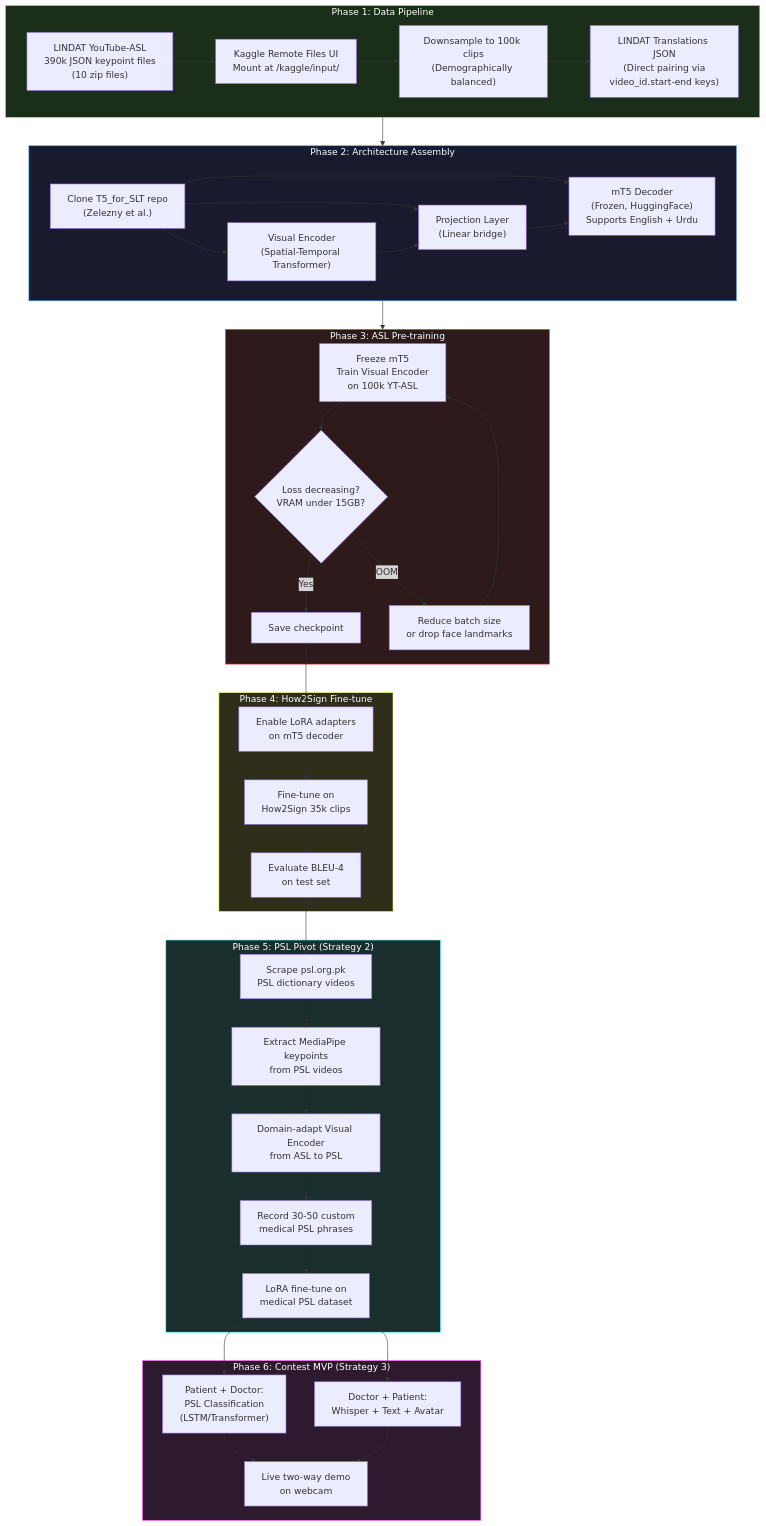
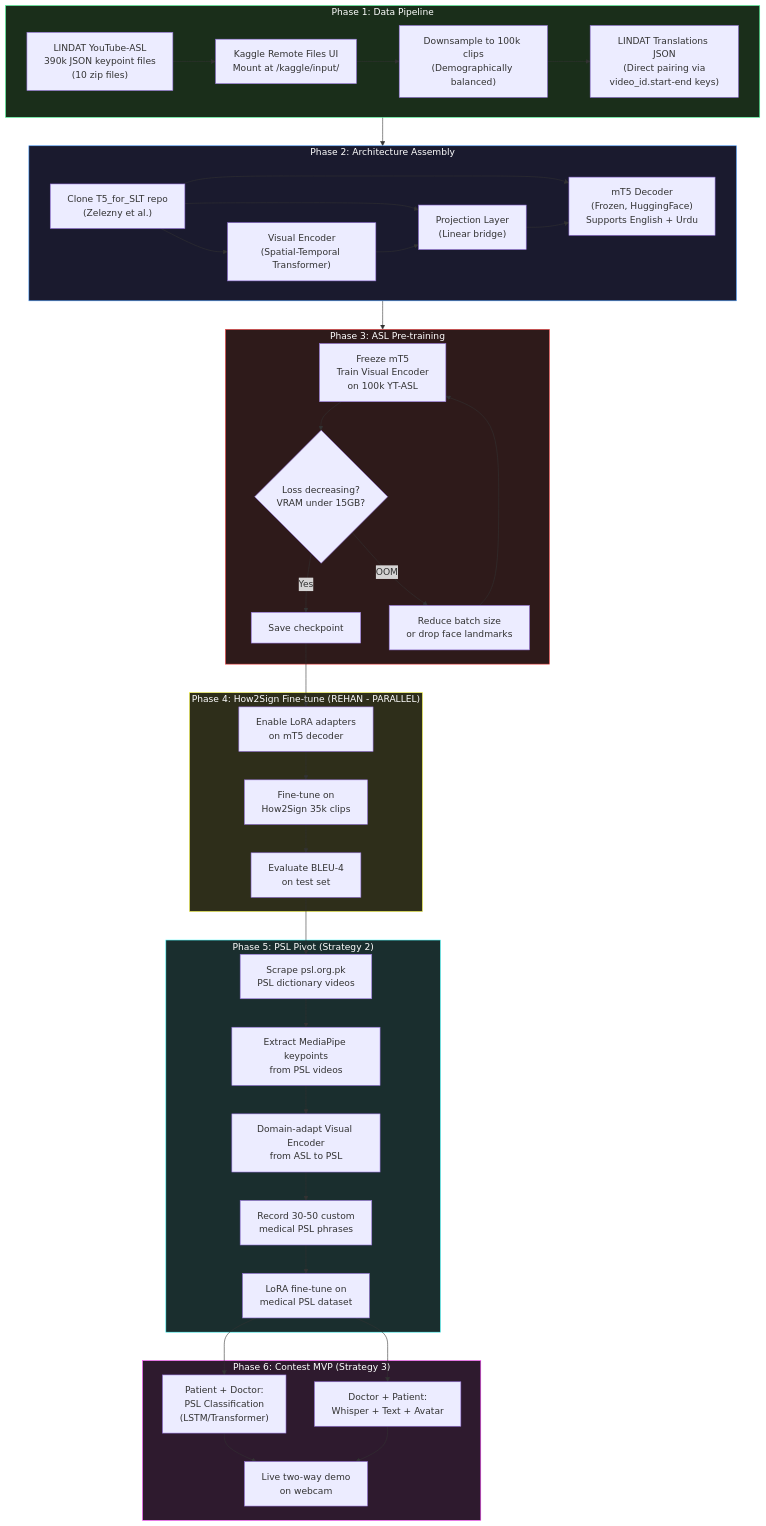
One commit to exiledftw/A-PSL changed the diagram in checklist/item_1.md. Above: the diagram before and after it, drawn with Mermaid. The commit also changed other lines of this file, not shown here.

Commit message:
Update item_1.md with Rehan's Phase 4 progress

````diff
--- a/checklist/item_1.md
+++ b/checklist/item_1.md
@@ -15,52 +15,52 @@
 ```mermaid
 graph TD
     subgraph DATA["Phase 1: Data Pipeline"]
         A1["LINDAT YouTube-ASL\n390k JSON keypoint files\n(10 zip files)"] --> A2["Kaggle Remote Files UI\nMount at /kaggle/input/"]
         A2 --> A3["Downsample to 100k clips\n(Demographically balanced)"]
         A3 --> A4["LINDAT Translations JSON\n(Direct pairing via\nvideo_id.start-end keys)"]
     end
 
     subgraph MODEL["Phase 2: Architecture Assembly"]
         B1["Clone T5_for_SLT repo\n(Zelezny et al.)"] --> B2["Visual Encoder\n(Spatial-Temporal Transformer)"]
         B1 --> B3["Projection Layer\n(Linear bridge)"]
         B1 --> B4["mT5 Decoder\n(Frozen, HuggingFace)\nSupports English + Urdu"]
         B2 --> B3 --> B4
     end
 
     subgraph TRAIN["Phase 3: ASL Pre-training"]
         C1["Freeze mT5\nTrain Visual Encoder\non 100k YT-ASL"] --> C2{"Loss decreasing?\nVRAM under 15GB?"}
         C2 -->|Yes| C3["Save checkpoint"]
         C2 -->|OOM| C4["Reduce batch size\nor drop face landmarks"]
         C4 --> C1
     end
 
-    subgraph FINETUNE["Phase 4: How2Sign Fine-tune"]
+    subgraph FINETUNE["Phase 4: How2Sign Fine-tune (REHAN - PARALLEL)"]
         C3 --> D1["Enable LoRA adapters\non mT5 decoder"]
         D1 --> D2["Fine-tune on\nHow2Sign 35k clips"]
         D2 --> D3["Evaluate BLEU-4\non test set"]
     end
 
     subgraph PSL["Phase 5: PSL Pivot (Strategy 2)"]
         D3 --> E1["Scrape psl.org.pk\nPSL dictionary videos"]
         E1 --> E2["Extract MediaPipe keypoints\nfrom PSL videos"]
         E2 --> E3["Domain-adapt Visual Encoder\nfrom ASL to PSL"]
         E3 --> E4["Record 30-50 custom\nmedical PSL phrases"]
         E4 --> E5["LoRA fine-tune on\nmedical PSL dataset"]
     end
 
     subgraph MVP["Phase 6: Contest MVP (Strategy 3)"]
         E5 --> F1["Patient + Doctor:\nPSL Classification\n(LSTM/Transformer)"]
         E5 --> F2["Doctor + Patient:\nWhisper + Text + Avatar"]
         F1 --> F3["Live two-way demo\non webcam"]
         F2 --> F3
     end
 
     DATA --> MODEL --> TRAIN
 
     style DATA fill:#1a2e1a,stroke:#4aff9a,color:#fff
     style MODEL fill:#1a1a2e,stroke:#4a9eff,color:#fff
     style TRAIN fill:#2e1a1a,stroke:#ff4a4a,color:#fff
     style FINETUNE fill:#2e2e1a,stroke:#ffff4a,color:#fff
     style PSL fill:#1a2e2e,stroke:#4affff,color:#fff
     style MVP fill:#2e1a2e,stroke:#ff4aff,color:#fff
 ```
````
